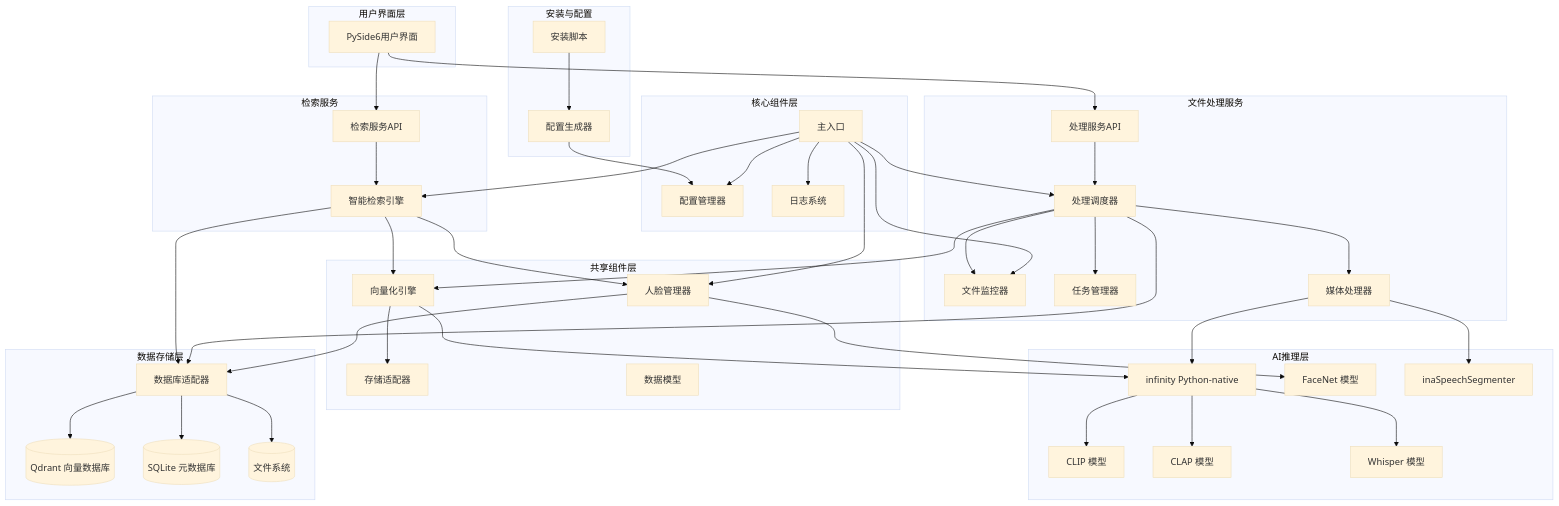
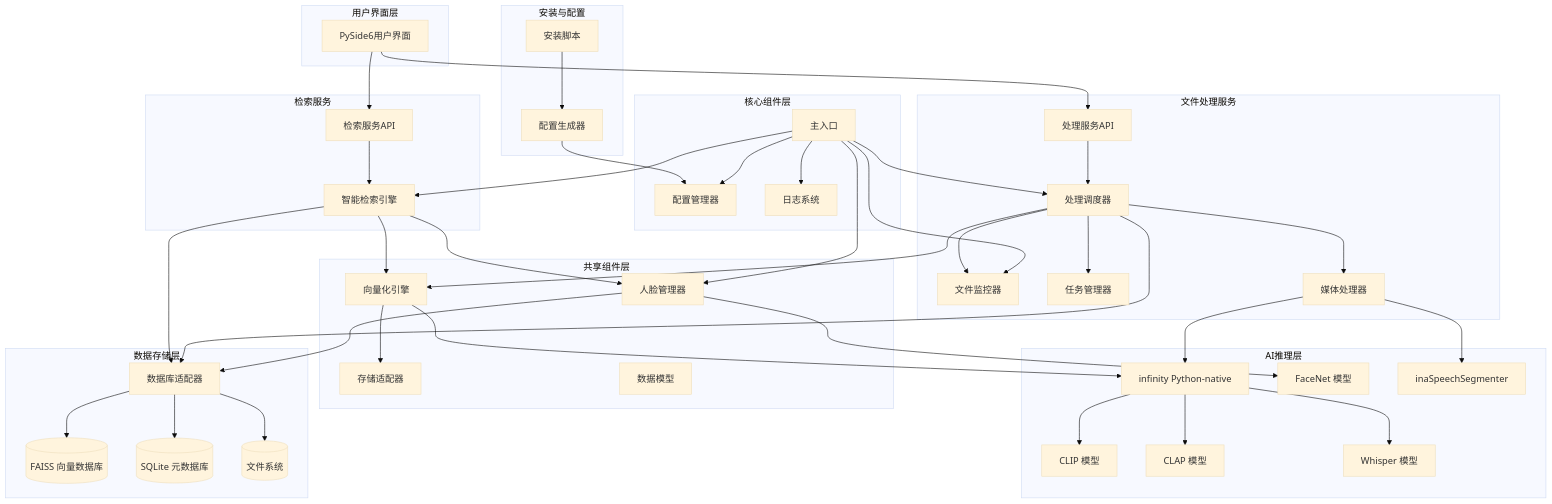
The diagram in .kiro/specs/multimodal-search-system/design.md (cr4342/msearch), drawn with Mermaid (base theme) before and after one commit. The commit also changed other lines of this file and 19 other files, not shown here.

Commit message:
Replace Qdrant with FAISS for vector storage, update requirements and design docs, and ensure backend-frontend separation

```diff
--- a/.kiro/specs/multimodal-search-system/design.md
+++ b/.kiro/specs/multimodal-search-system/design.md
@@ -189,7 +190,7 @@
     
     subgraph "数据存储层"
         DatabaseAdapter[数据库适配器]
-        Qdrant[(Qdrant 向量数据库)]
+        FAISS[(FAISS 向量数据库)]
         SQLite[(SQLite 元数据库)]
         FileSystem[(文件系统)]
     end
@@ -232,7 +233,7 @@
     Infinity --> CLAP
     Infinity --> Whisper
     
-    DatabaseAdapter --> Qdrant
+    DatabaseAdapter --> FAISS
     DatabaseAdapter --> SQLite
     DatabaseAdapter --> FileSystem
     
```
